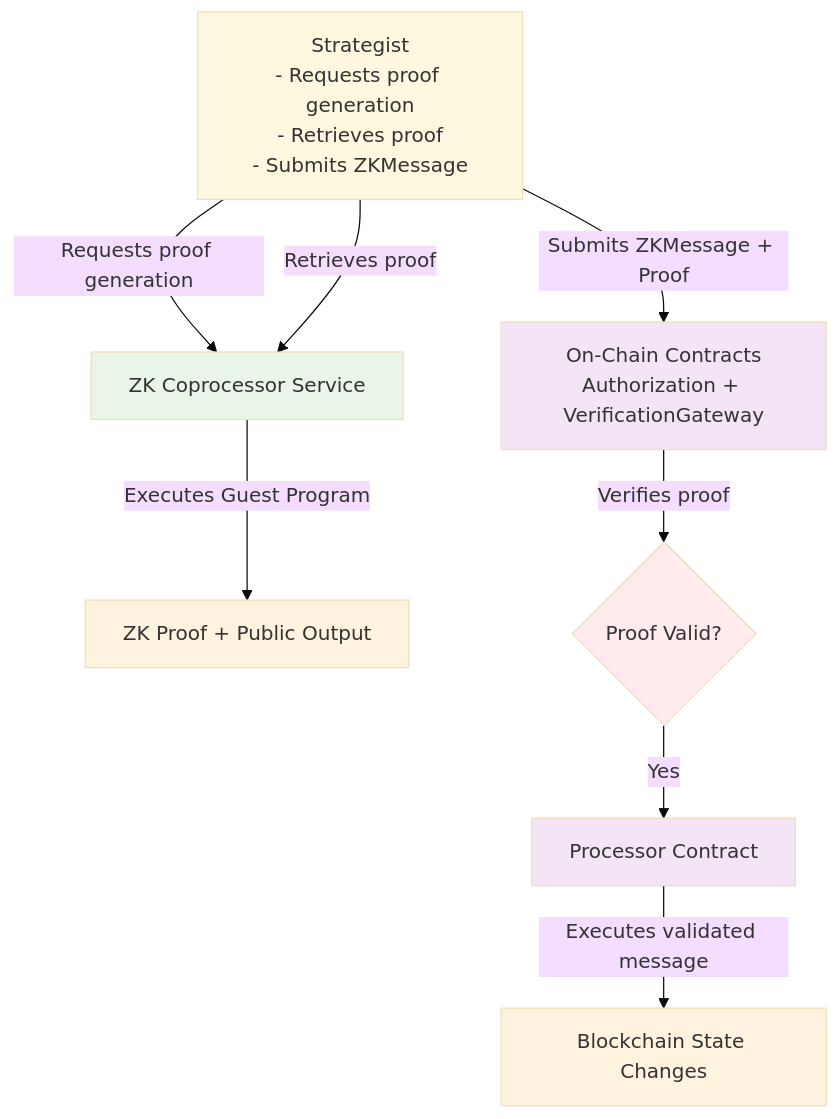
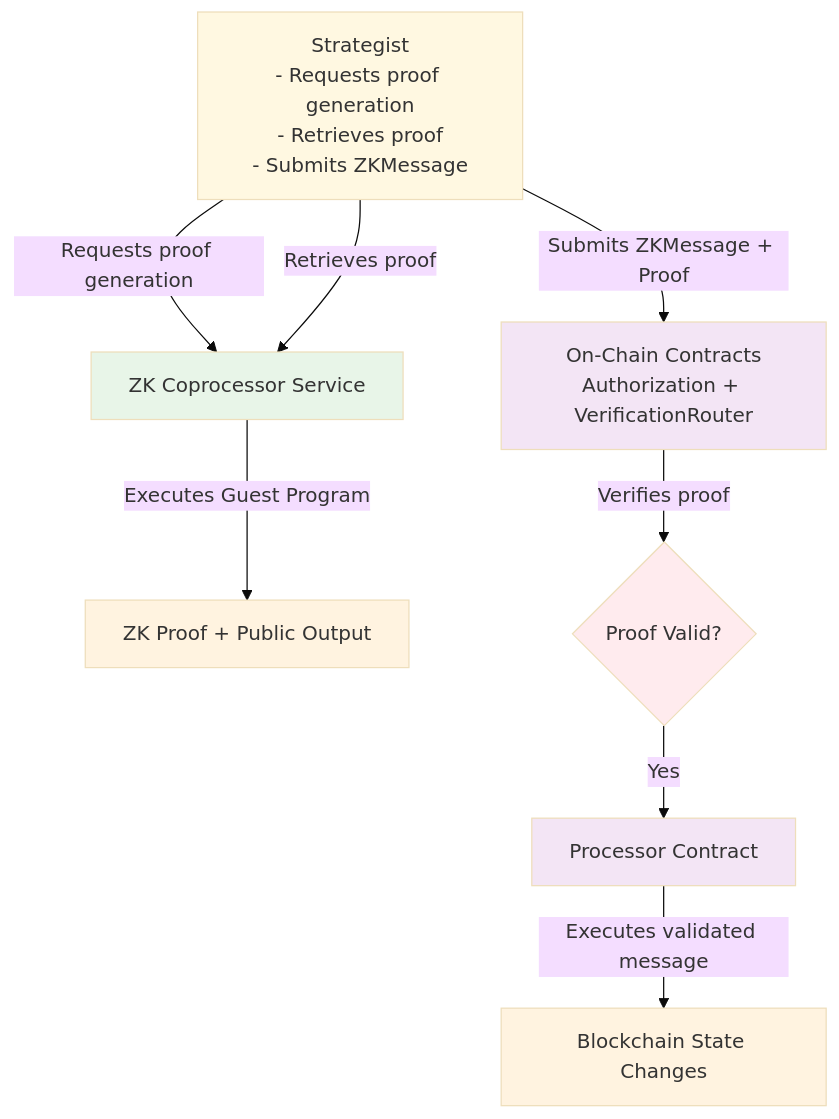
One commit to timewave-computer/valence-protocol changed the second of 2 diagrams in docs/src/zk/01_system_overview.md. Above: the diagram before and after it, drawn with Mermaid (base theme). The commit also changed other lines of this file and 47 other files, not shown here.

Commit message:
refactor: zk authorization modifications and verification router + switch (#434)

````diff
--- a/docs/src/zk/01_system_overview.md
+++ b/docs/src/zk/01_system_overview.md
@@ -50,22 +50,22 @@
 ```mermaid
 graph TD
     Strategist[Strategist<br/>- Requests proof generation<br/>- Retrieves proof<br/>- Submits ZKMessage] -- Requests proof generation --> Coproc[ZK Coprocessor Service]
     Coproc -- Executes Guest Program --> Proof[ZK Proof + Public Output]
     Strategist -- Retrieves proof --> Coproc
-    Strategist -- Submits ZKMessage + Proof --> OnChain[On-Chain Contracts<br/>Authorization + VerificationGateway]
+    Strategist -- Submits ZKMessage + Proof --> OnChain[On-Chain Contracts<br/>Authorization + VerificationRouter]
     OnChain -- Verifies proof --> Valid{Proof Valid?}
     Valid -- Yes --> Processor[Processor Contract]
     Processor -- Executes validated message --> State[Blockchain State Changes]
     
     classDef strategist fill:#fff8e1
     classDef service fill:#e8f5e8
     classDef onchain fill:#f3e5f5
     classDef data fill:#fff3e0
     classDef decision fill:#ffebee
     
     class Strategist strategist
     class Coproc service
     class OnChain,Processor onchain
     class Proof,State data
     class Valid decision
 ```
````
